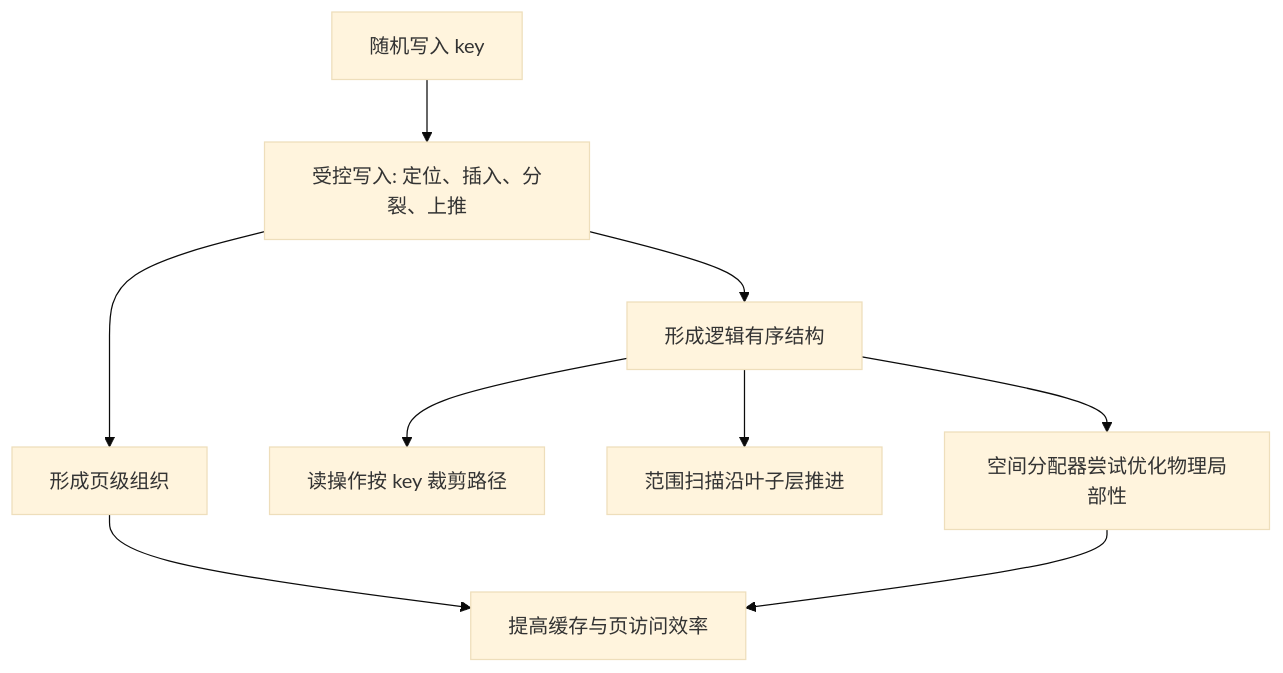
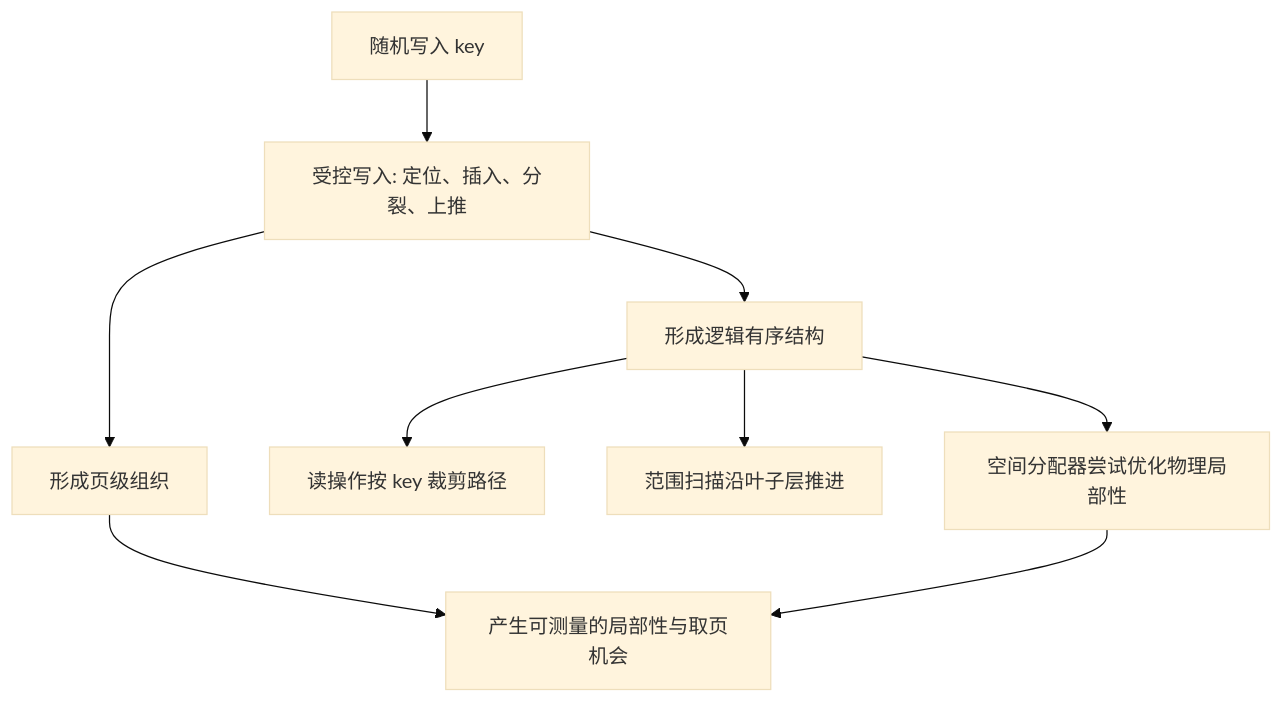
Diagram 24 of 24 in knowledge/linux/data_structures/红黑树_rb-tree/P34_从多路节点到页级索引.md (FormingSystem/linux_note), drawn with Mermaid (base theme) before and after one commit. The commit also changed other lines of this file and 8 other files, not shown here.

````diff
--- a/knowledge/linux/data_structures/红黑树_rb-tree/P34_从多路节点到页级索引.md
+++ b/knowledge/linux/data_structures/红黑树_rb-tree/P34_从多路节点到页级索引.md
@@ -910,22 +1090,22 @@
 ```mermaid
 graph TD
 	random_write["随机写入 key"]
 	controlled_write["受控写入: 定位、插入、分裂、上推"]
 	logical_order["形成逻辑有序结构"]
 	page_layout["形成页级组织"]
 	read_path["读操作按 key 裁剪路径"]
 	range_scan["范围扫描沿叶子层推进"]
-	cache_benefit["提高缓存与页访问效率"]
+	cache_benefit["产生可测量的局部性与取页机会"]
 	allocator["空间分配器尝试优化物理局部性"]
 
 	random_write --> controlled_write
 	controlled_write --> logical_order
 	controlled_write --> page_layout
 
 	logical_order --> read_path
 	logical_order --> range_scan
 	page_layout --> cache_benefit
 
 	logical_order --> allocator
 	allocator --> cache_benefit
 ```
````
